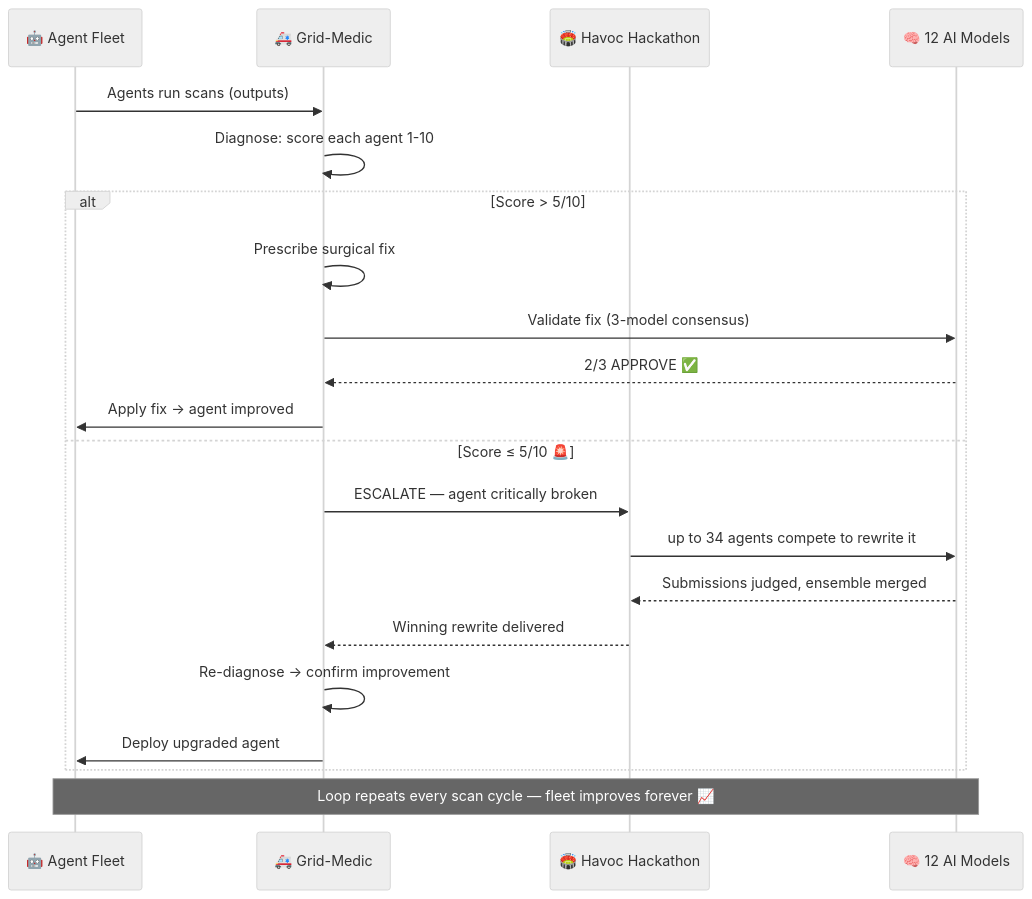
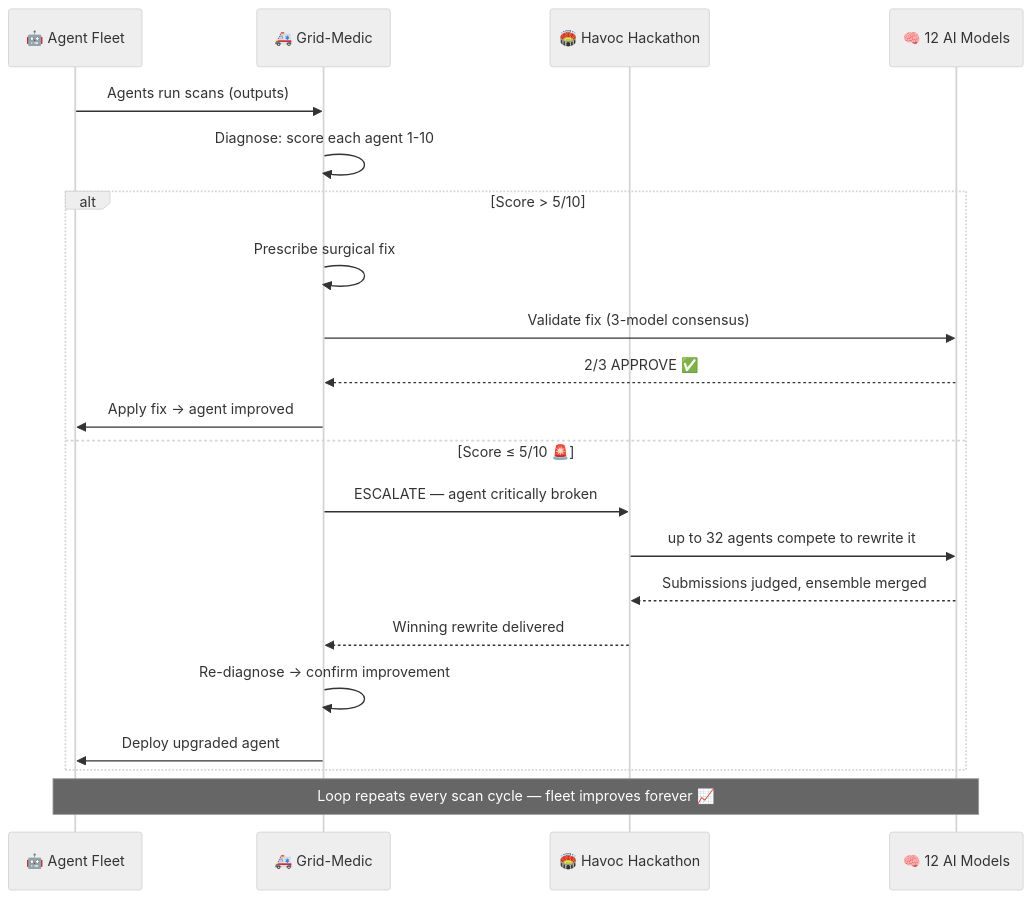
The fourth of 5 diagrams in docs/GRID-MEDIC-ARCHITECTURE.md (DUBSOpenHub/havoc-hackathon), drawn with Mermaid (neutral theme) before and after one commit. The commit also changed other lines of this file and 1 other file, not shown here.

First line of the commit message:
docs: update tagline — remove Layer 2 label, 32 agents, 5 rounds

````diff
--- a/docs/GRID-MEDIC-ARCHITECTURE.md
+++ b/docs/GRID-MEDIC-ARCHITECTURE.md
@@ -122,26 +122,26 @@
 ```mermaid
 sequenceDiagram
     participant Fleet as 🤖 Agent Fleet
     participant Medic as 🚑 Grid-Medic
     participant Arena as 🏟️ Havoc Hackathon
     participant Models as 🧠 12 AI Models
 
     Fleet->>Medic: Agents run scans (outputs)
     Medic->>Medic: Diagnose: score each agent 1-10
 
     alt Score > 5/10
         Medic->>Medic: Prescribe surgical fix
         Medic->>Models: Validate fix (3-model consensus)
         Models-->>Medic: 2/3 APPROVE ✅
         Medic->>Fleet: Apply fix → agent improved
     else Score ≤ 5/10 🚨
         Medic->>Arena: ESCALATE — agent critically broken
-        Arena->>Models: up to 34 agents compete to rewrite it
+        Arena->>Models: up to 32 agents compete to rewrite it
         Models-->>Arena: Submissions judged, ensemble merged
         Arena-->>Medic: Winning rewrite delivered
         Medic->>Medic: Re-diagnose → confirm improvement
         Medic->>Fleet: Deploy upgraded agent
     end
 
     Note over Fleet,Models: Loop repeats every scan cycle — fleet improves forever 📈
 ```
````
